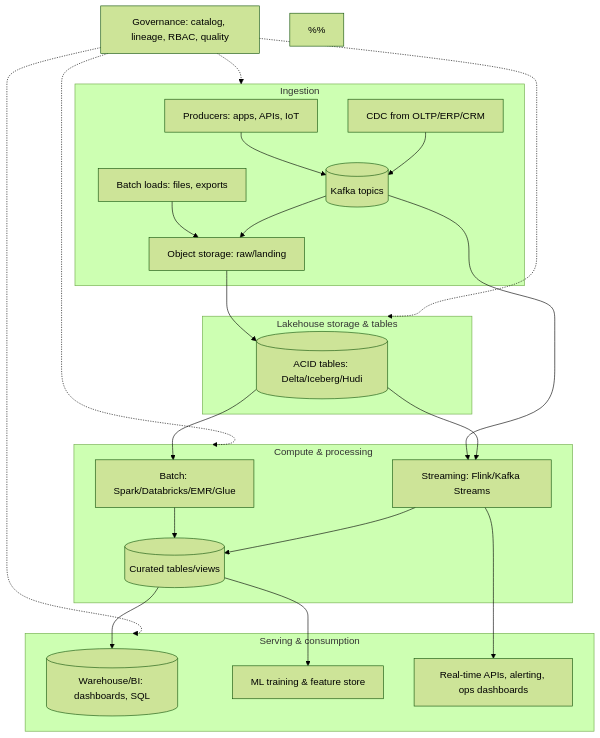
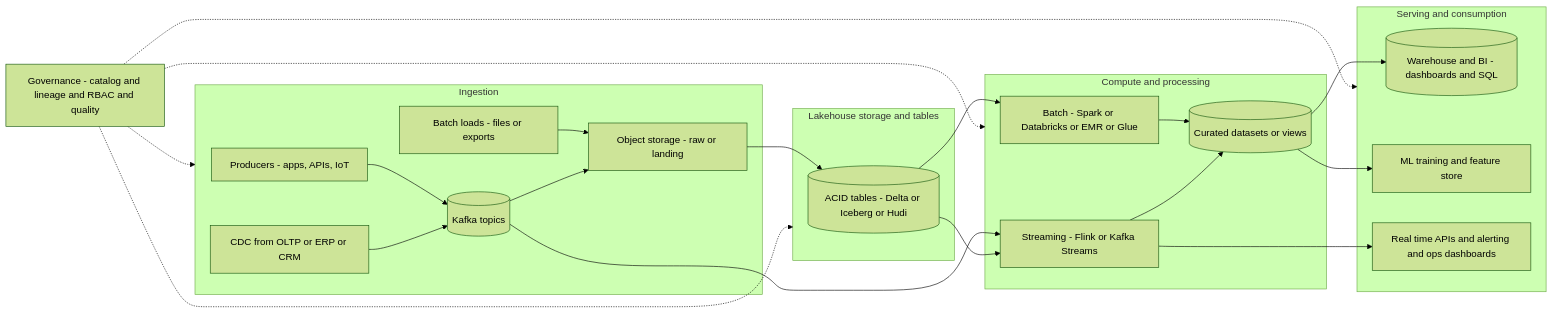
Before and after one commit to aeishwarymishra/experiment-bigdata: the first of 4 diagrams in bigdata.md, drawn with Mermaid (forest theme).

````diff
--- a/bigdata.md
+++ b/bigdata.md
@@ -6,72 +6,36 @@
 ```mermaid
 
-graph TD
+%% LEFT TO RIGHT VARIANT
+graph LR
 
-%% ------------------------ INGESTION -----------------------------
 subgraph I[Ingestion]
-    %% Event and change data producers
-    P1[Producers: apps, APIs, IoT] --> K[(Kafka topics)]
-    P2[CDC from OLTP/ERP/CRM] --> K
-    P3[Batch loads: files, exports] --> LZ[Object storage: raw/landing]
-    %% Stream → landing zone (optional fan-out)
+    P1[Producers - apps, APIs, IoT] --> K[(Kafka topics)]
+    P2[CDC from OLTP or ERP or CRM] --> K
+    P3[Batch loads - files or exports] --> LZ[Object storage - raw or landing]
     K --> LZ
 end
 
-%% -------------------- LAKEHOUSE STORAGE -------------------------
-subgraph S[Lakehouse storage & tables]
-    %% Raw objects become managed ACID tables
-    LZ --> LT[(ACID tables: Delta/Iceberg/Hudi)]
-    %% Versioned data supports time-travel & schema evolution
+subgraph S[Lakehouse storage and tables]
+    LZ --> LT[(ACID tables - Delta or Iceberg or Hudi)]
 end
 
-%% ---------------------- PROCESSING LAYER ------------------------
-subgraph C[Compute & processing]
-    %% Batch (micro-batch ok) on managed tables
-    LT --> SB[Batch: Spark/Databricks/EMR/Glue]
-    %% True streaming on Kafka (and table streams)
-    K --> ST[Streaming: Flink/Kafka Streams]
+subgraph C[Compute and processing]
+    LT --> SB[Batch - Spark or Databricks or EMR or Glue]
+    K --> ST[Streaming - Flink or Kafka Streams]
     LT --> ST
-    %% Curated, conformed outputs (gold datasets/features)
-    SB --> CUR[(Curated tables/views)]
+    SB --> CUR[(Curated datasets or views)]
     ST --> CUR
 end
 
-%% ------------------------ SERVING LAYER -------------------------
-subgraph O[Serving & consumption]
-    %% Historical analytics & BI
-    CUR --> WH[(Warehouse/BI: dashboards, SQL)]
-    %% ML training & feature stores
-    CUR --> ML[ML training & feature store]
-    %% Low-latency products and alerts
-    ST --> RT[Real-time APIs, alerting, ops dashboards]
+subgraph O[Serving and consumption]
+    CUR --> WH[(Warehouse and BI - dashboards and SQL)]
+    CUR --> ML[ML training and feature store]
+    ST --> RT[Real time APIs and alerting and ops dashboards]
 end
 
-%% --------------------- GOVERNANCE (X-CUTTING) -------------------
-%% Catalog/lineage/policies touch all layers (shown with dashed links)
-G[Governance: catalog, lineage, RBAC, quality] -.-> I
+G[Governance - catalog and lineage and RBAC and quality] -.-> I
 G -.-> S
 G -.-> C
 G -.-> O
 
-%% ---------------------- EXPLANATORY NOTES -----------------------
-%% Ingestion:
-%%   - Kafka decouples producers/consumers; durable, replayable streams.
-%%   - Batch loads land bulk data into object storage (raw zone).
-%%
-%% Lakehouse:
-%%   - ACID table formats (Delta/Iceberg/Hudi) add transactions, schema, and time travel on top of object storage.
-%%
-%% Processing:
-%%   - Batch (Spark) = high throughput, periodic/backfills/enrichments.
-%%   - Streaming (Flink/Kafka Streams) = low latency, event-time windows, stateful ops.
-%%   - Both write into curated, conformed datasets for reuse.
-%%
-%% Serving:
-%%   - Warehouse/BI for historical insights.
-%%   - ML pipelines for training and online/offline features.
-%%   - Real-time outputs for APIs, alerts, and operational decisions.
-%%
-%% Governance:
-%%   - Central catalog + lineage + policies ensure discoverability, trust, and compliance end-to-end.
-
 ```
````
